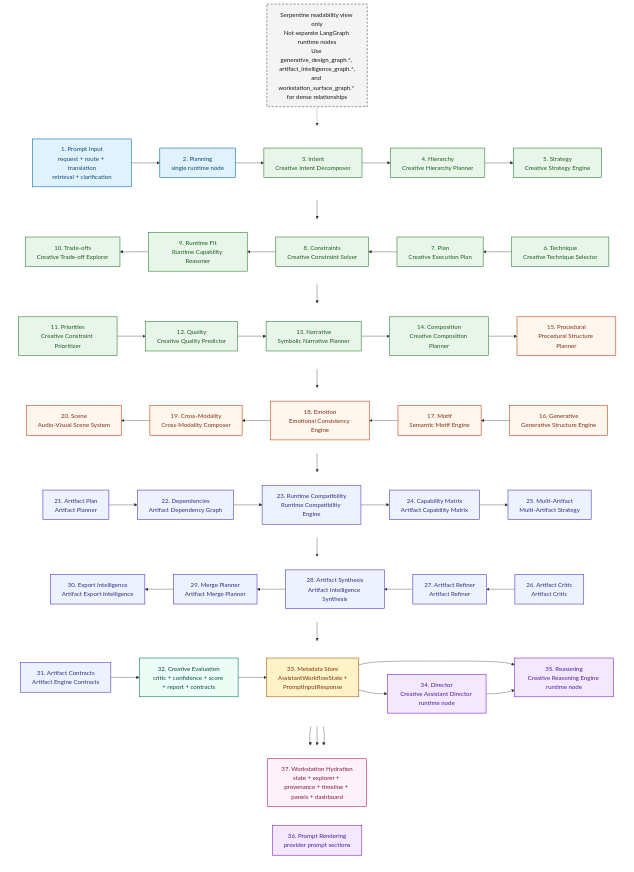
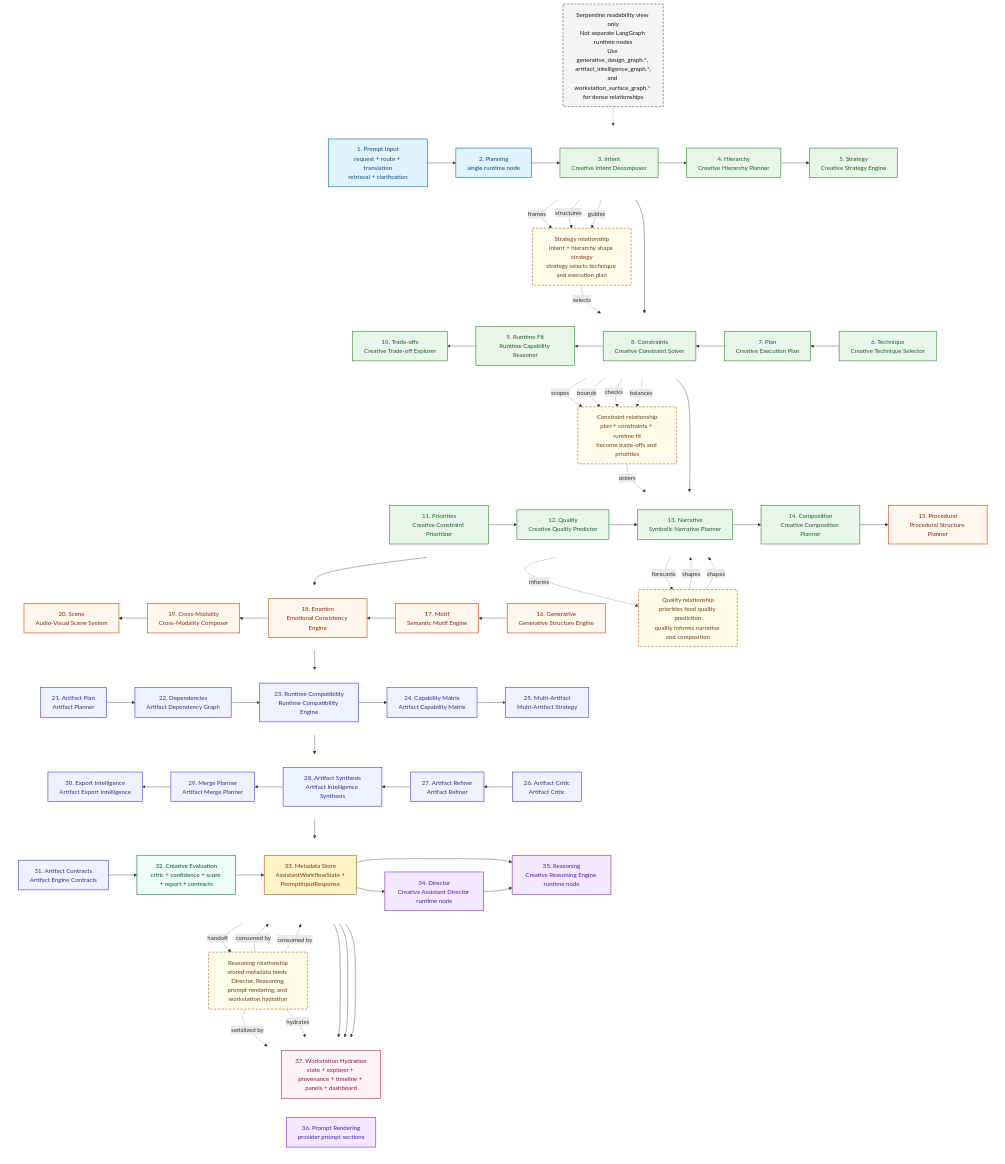
The diagram in architecture/creative_intelligence_graph.md (lmguerrini/creative-coding-assistant), drawn with Mermaid before and after one commit. The commit also changed other lines of this file and 1 other file, not shown here.

Commit message:
Clarify Creative Intelligence relationships
- Add cognition relationship annotations
- Document strategy constraint and quality handoffs
- Verify workflow documentation alignment

```diff
--- a/architecture/creative_intelligence_graph.md
+++ b/architecture/creative_intelligence_graph.md
@@ -58,6 +58,7 @@
     classDef consumer fill:#F3E8FF,stroke:#7E22CE,color:#4C1D95,stroke-width:1.5px;
     classDef workstation fill:#FDF2F8,stroke:#BE185D,color:#831843,stroke-width:1.5px;
     classDef note fill:#F4F4F5,stroke:#52525B,color:#18181B,stroke-width:1.5px,stroke-dasharray: 6 4;
+    classDef relationship fill:#FEFCE8,stroke:#A16207,color:#713F12,stroke-width:1.5px,stroke-dasharray: 6 4;
 
     subgraph row_1[" "]
         direction LR
@@ -129,6 +130,10 @@
     end
 
     note["Serpentine readability view only<br/>Not separate LangGraph runtime nodes<br/>Use generative_design_graph.*, artifact_intelligence_graph.*,<br/>and workstation_surface_graph.* for dense relationships"]:::note
+    strategy_boundary["Strategy relationship<br/>intent + hierarchy shape strategy<br/>strategy selects technique and execution plan"]:::relationship
+    constraint_boundary["Constraint relationship<br/>plan + constraints + runtime fit<br/>become trade-offs and priorities"]:::relationship
+    quality_boundary["Quality relationship<br/>priorities feed quality prediction<br/>quality informs narrative and composition"]:::relationship
+    reasoning_boundary["Reasoning relationship<br/>stored metadata feeds Director, Reasoning,<br/>prompt rendering, and workstation hydration"]:::relationship
 
     prompt_input --> planning --> intent --> hierarchy --> strategy
     strategy --> techniques --> plan --> constraints --> runtime_reasoner --> tradeoffs
@@ -143,6 +148,24 @@
     metadata_store --> workstation
     director --> reasoning --> prompt_rendering
     note -.-> planning
+    intent -. frames .-> strategy_boundary
+    hierarchy -. structures .-> strategy_boundary
+    strategy -. guides .-> strategy_boundary
+    strategy_boundary -. selects .-> techniques
+    plan -. scopes .-> constraint_boundary
+    constraints -. bounds .-> constraint_boundary
+    runtime_reasoner -. checks .-> constraint_boundary
+    tradeoffs -. balances .-> constraint_boundary
+    constraint_boundary -. orders .-> priorities
+    priorities -. informs .-> quality_boundary
+    quality -. forecasts .-> quality_boundary
+    quality_boundary -. shapes .-> narrative
+    quality_boundary -. shapes .-> composition
+    metadata_store -. handoff .-> reasoning_boundary
+    reasoning_boundary -. consumed by .-> director
+    reasoning_boundary -. consumed by .-> reasoning
+    reasoning_boundary -. serialized by .-> prompt_rendering
+    reasoning_boundary -. hydrates .-> workstation
 
     style row_1 fill:none,stroke:none
     style row_2 fill:none,stroke:none
```
